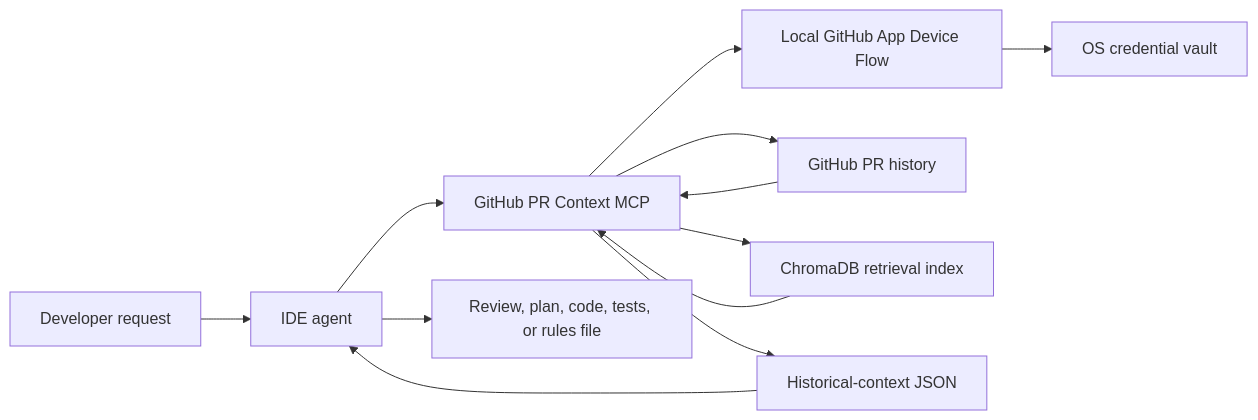
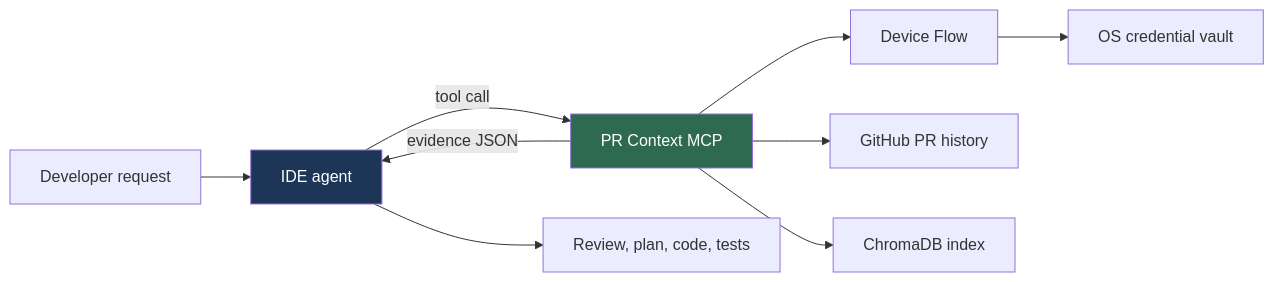
Before and after one commit to paarths-collab/github-pr-context-mcp: the first of 13 diagrams in README.md, drawn with Mermaid. The commit also changed other lines of this file, not shown here.

First line of the commit message:
docs: rewrite README around diagrams instead of prose

````diff
--- a/README.md
+++ b/README.md
@@ -14,14 +14,14 @@
 ```mermaid
 flowchart LR
     U["Developer request"] --> A["IDE agent"]
-    A --> M["GitHub PR Context MCP"]
-    M --> AU["Local GitHub App Device Flow"]
+    A -->|"tool call"| M["PR Context MCP"]
+    M --> AU["Device Flow"]
     AU --> K["OS credential vault"]
     M --> G["GitHub PR history"]
-    G --> M
-    M --> V["ChromaDB retrieval index"]
-    V --> M
-    M --> J["Historical-context JSON"]
-    J --> A
-    A --> O["Review, plan, code, tests, or rules file"]
+    M --> V["ChromaDB index"]
+    M -->|"evidence JSON"| A
+    A --> O["Review, plan, code, tests"]
+
+    style M fill:#2d6a4f,color:#fff
+    style A fill:#1d3557,color:#fff
 ```
````
